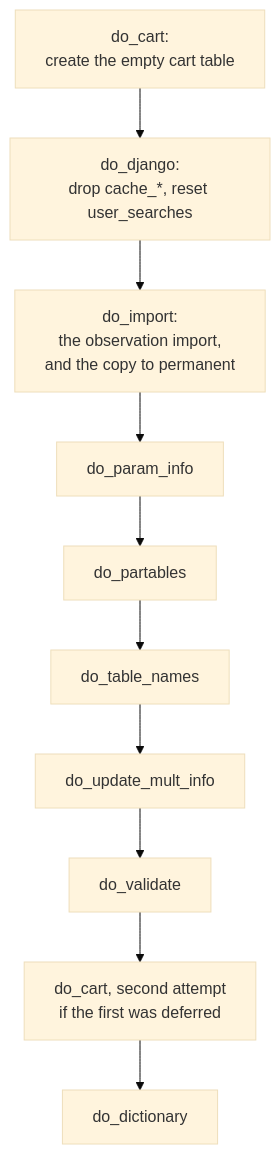
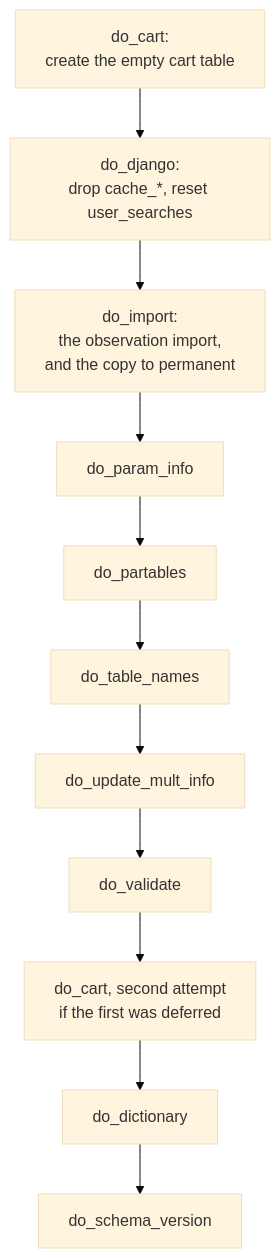
One commit to SETI/rms-opus changed the diagram in docs/dev_guide_import_steps.rst. Above: the diagram before and after it, drawn with Mermaid (base theme). The commit also changed other lines of this file and 35 other files, not shown here.

First line of the commit message:
feat: schema version guard

```diff
--- a/docs/dev_guide_import_steps.rst
+++ b/docs/dev_guide_import_steps.rst
@@ -19,17 +19,18 @@
 .. mermaid::
     :zoom:
 
     flowchart TD
         C1[do_cart:<br/>create the empty cart table]
         C2[do_django:<br/>drop cache_*, reset user_searches]
         I[do_import:<br/>the observation import,<br/>and the copy to permanent]
         P[do_param_info]
         PT[do_partables]
         TN[do_table_names]
         UM[do_update_mult_info]
         V[do_validate]
         C3[do_cart, second attempt<br/>if the first was deferred]
         D[do_dictionary]
+        SV[do_schema_version]
 
         C1 --> C2 --> I
-        I --> P --> PT --> TN --> UM --> V --> C3 --> D
+        I --> P --> PT --> TN --> UM --> V --> C3 --> D --> SV
```
